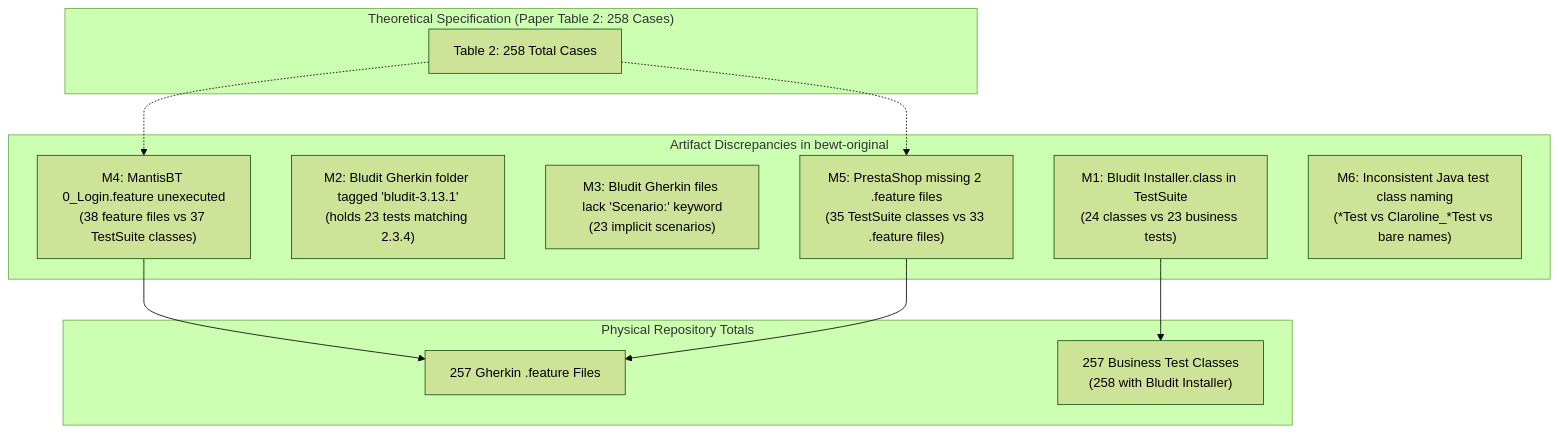
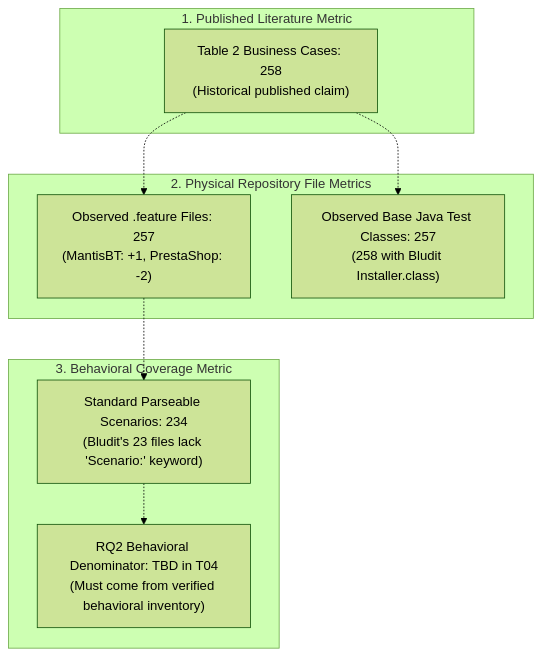
One commit to NgaiLong49423/BEWT-CovExt changed the diagram in docs/tasks/T02/BASELINE-INVENTORY.md. Above: the diagram before and after it, drawn with Mermaid (forest theme). The commit also changed other lines of this file and 16 other files, not shown here.

````diff
--- a/docs/tasks/T02/BASELINE-INVENTORY.md
+++ b/docs/tasks/T02/BASELINE-INVENTORY.md
@@ -248,26 +19,21 @@
 ```mermaid
 flowchart TD
-    subgraph Literature["Theoretical Specification (Paper Table 2: 258 Cases)"]
-        T2["Table 2: 258 Total Cases"]
+    subgraph Literature["1. Published Literature Metric"]
+        LitCases["Table 2 Business Cases: 258<br/>(Historical published claim)"]
     end
 
-    subgraph Mismatches["Artifact Discrepancies in bewt-original"]
-        M1["M1: Bludit Installer.class in TestSuite<br/>(24 classes vs 23 business tests)"]
-        M2["M2: Bludit Gherkin folder tagged 'bludit-3.13.1'<br/>(holds 23 tests matching 2.3.4)"]
-        M3["M3: Bludit Gherkin files lack 'Scenario:' keyword<br/>(23 implicit scenarios)"]
-        M4["M4: MantisBT 0_Login.feature unexecuted<br/>(38 feature files vs 37 TestSuite classes)"]
-        M5["M5: PrestaShop missing 2 .feature files<br/>(35 TestSuite classes vs 33 .feature files)"]
-        M6["M6: Inconsistent Java test class naming<br/>(*Test vs Claroline_*Test vs bare names)"]
+    subgraph PhysicalRepo["2. Physical Repository File Metrics"]
+        GherkinFiles["Observed .feature Files: 257<br/>(MantisBT: +1, PrestaShop: -2)"]
+        JavaClasses["Observed Base Java Test Classes: 257<br/>(258 with Bludit Installer.class)"]
     end
 
-    subgraph ActualRepo["Physical Repository Totals"]
-        GherkinFiles["257 Gherkin .feature Files"]
-        JavaClasses["257 Business Test Classes<br/>(258 with Bludit Installer)"]
+    subgraph BehaviorMetric["3. Behavioral Coverage Metric"]
+        ParsedScenarios["Standard Parseable Scenarios: 234<br/>(Bludit's 23 files lack 'Scenario:' keyword)"]
+        RQ2Denominator["RQ2 Behavioral Denominator: TBD in T04<br/>(Must come from verified behavioral inventory)"]
     end
 
-    T2 -.-> M4
-    T2 -.-> M5
-    M4 --> GherkinFiles
-    M5 --> GherkinFiles
-    M1 --> JavaClasses
+    LitCases -.-> GherkinFiles
+    LitCases -.-> JavaClasses
+    GherkinFiles -.-> ParsedScenarios
+    ParsedScenarios -.-> RQ2Denominator
 ```
````
